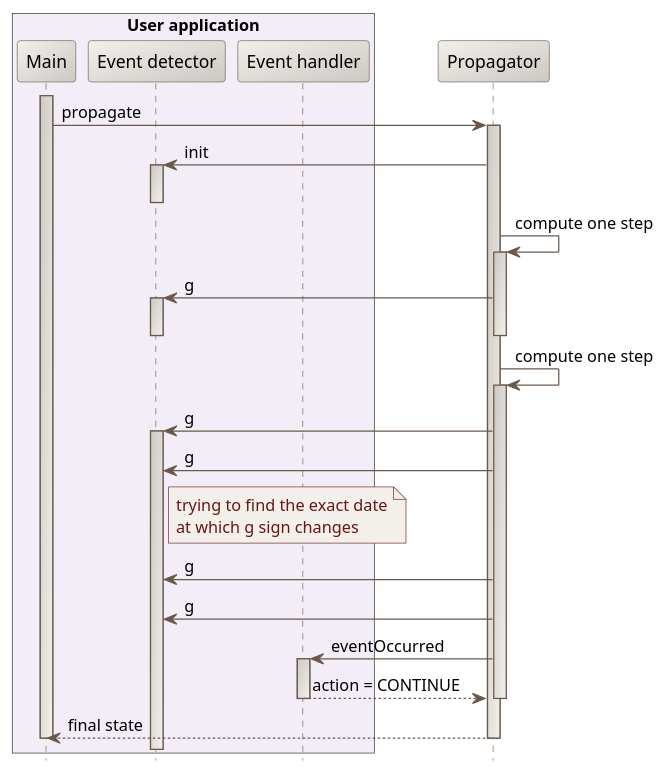
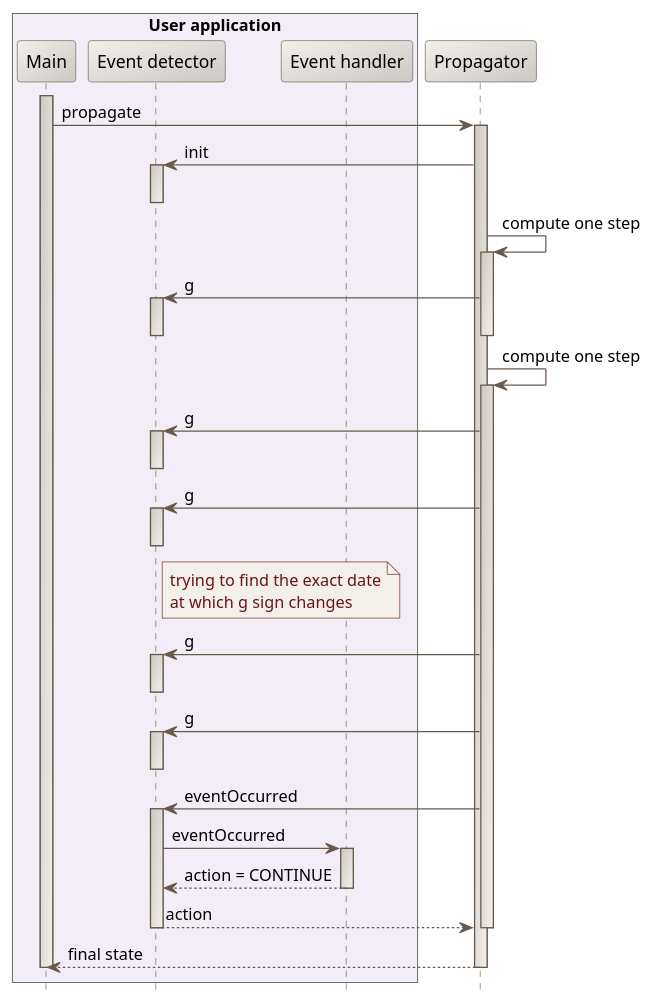
The diagram in src/design/events-sequence-diagram.puml (CS-SI/Orekit), drawn with PlantUML before and after one commit. The commit also changed 5 other files, not shown here.

```diff
--- a/src/design/events-sequence-diagram.puml
+++ b/src/design/events-sequence-diagram.puml
@@ -17,58 +17,69 @@
 @startuml
 
   skinparam svek                                true
   skinparam NoteBackgroundColor                 #F3EFEB
   skinparam NoteBorderColor                     #691616
   skinparam NoteFontColor                       #691616
   skinparam SequenceActorBorderColor            #6A584B
   skinparam SequenceParticipantBackgroundColor  #F3EFEB/CCC9C5
   skinparam SequenceParticipantBorderColor      #6A584B
   skinparam SequenceLifeLineBackgroundColor     #CCC9C5/F3EFEB
   skinparam SequenceLifeLineBorderColor         #6A584B
   skinparam SequenceArrowColor                  #6A584B
   skinparam SequenceBorderColor                 #6A584B
   skinparam SequenceFontSize                    11
 
   hide footbox
 
   box "User application" #F3EDF7
     participant "Main" as U
     participant "Event detector" as E
     participant "Event handler"  as H
   end box
 
   participant Propagator
 
   activate U
   U -> Propagator : propagate
     activate Propagator
     Propagator -> E : init
       activate E
       deactivate E
     Propagator -> Propagator : compute one step
       activate Propagator
       Propagator -> E : g
         activate E
         deactivate E
       deactivate Propagator
     Propagator -> Propagator : compute one step
       activate Propagator
       Propagator -> E : g
         activate E
-        Propagator -> E : g
+        deactivate E
+      Propagator -> E : g
         note right of E
           trying to find the exact date
           at which g sign changes
         end note
-        Propagator -> E : g
-        Propagator -> E : g
-        Propagator -> H : eventOccurred
+        activate E
+        deactivate E
+      Propagator -> E : g
+        activate E
+        deactivate E
+      Propagator -> E : g
+        activate E
+        deactivate E
+      Propagator -> E : eventOccurred
+        activate E
+        E -> H : eventOccurred
           activate H
-          H --> Propagator : action = CONTINUE
+          H --> E : action = CONTINUE
           deactivate H
+        E--> Propagator : action
+        deactivate E
       deactivate Propagator
     Propagator --> U : final state 
     deactivate Propagator
   deactivate U
 
 @enduml
```
